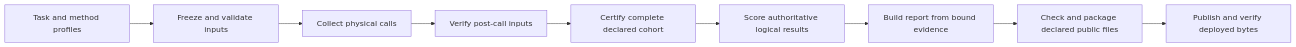
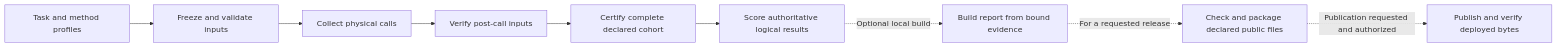
One commit to lexmount/browser-eval changed the diagram in docs/architecture.md. Above: the diagram before and after it, drawn with Mermaid. The commit also changed other lines of this file and 872 other files, not shown here.

````diff
--- a/docs/architecture.md
+++ b/docs/architecture.md
@@ -24,11 +28,11 @@
 ```mermaid
 flowchart LR
     A[Task and method profiles] --> B[Freeze and validate inputs]
     B --> C[Collect physical calls]
     C --> D[Verify post-call inputs]
     D --> E[Certify complete declared cohort]
     E --> F[Score authoritative logical results]
-    F --> G[Build report from bound evidence]
-    G --> H[Check and package declared public files]
-    H --> I[Publish and verify deployed bytes]
+    F -. Optional local build .-> G[Build report from bound evidence]
+    G -. For a requested release .-> H[Check and package declared public files]
+    H -. Publication requested and authorized .-> I[Publish and verify deployed bytes]
 ```
````
